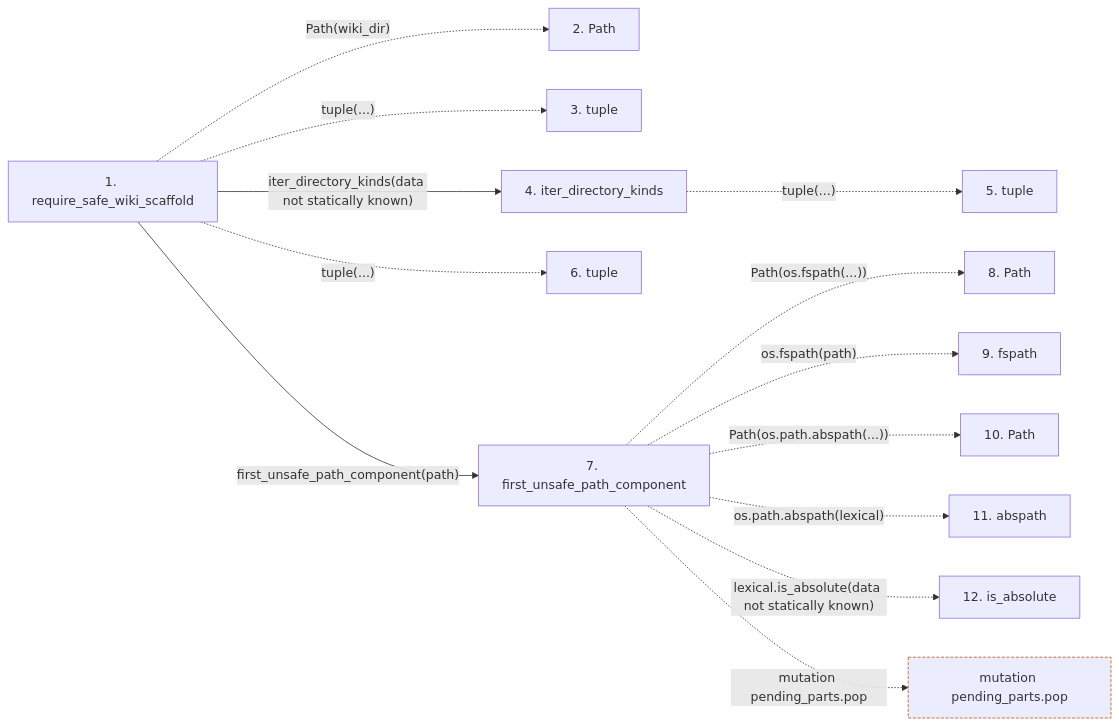
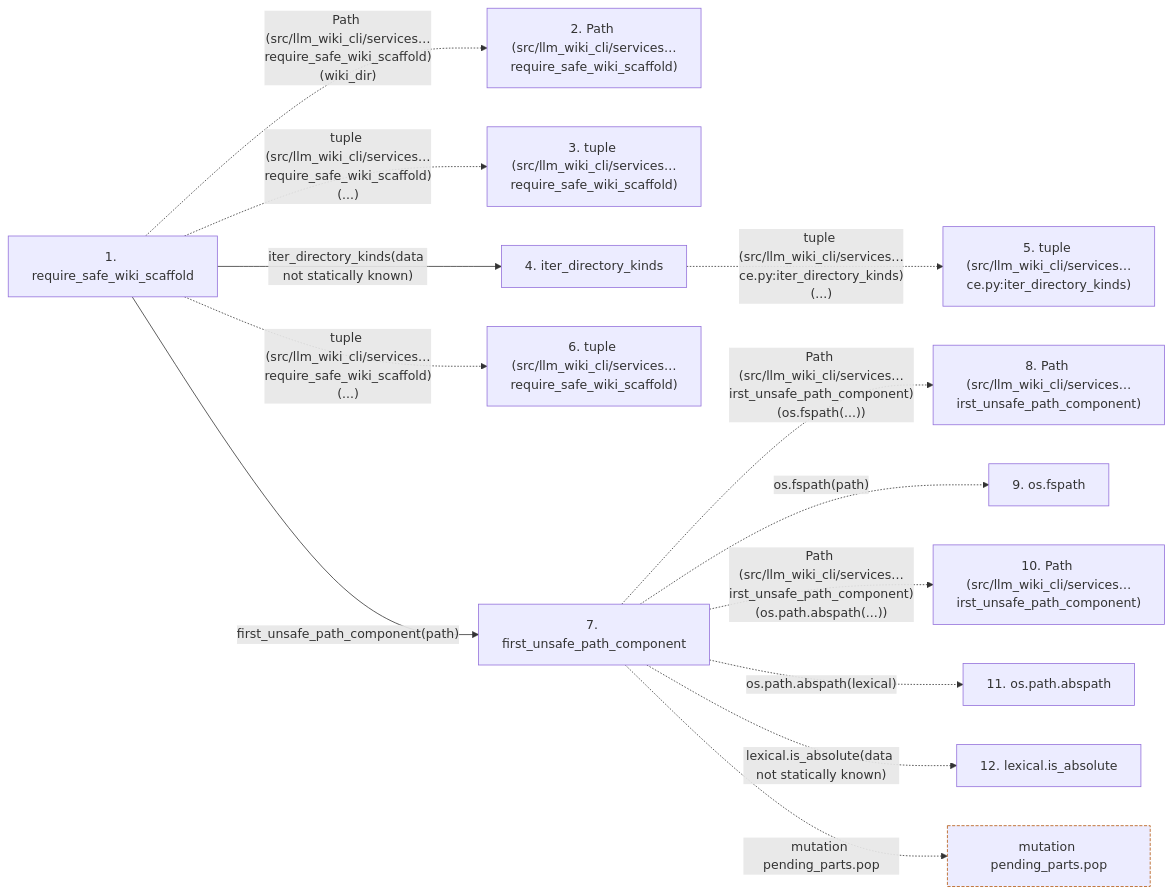
Before and after one commit to Denissvgn/python-wiki-llm: the second of 2 diagrams in docs/llm_wiki/flows/api-require_safe_wiki_scaffold.md, drawn with Mermaid. The commit also changed other lines of this file and 719 other files, not shown here.

````diff
--- a/docs/llm_wiki/flows/api-require_safe_wiki_scaffold.md
+++ b/docs/llm_wiki/flows/api-require_safe_wiki_scaffold.md
@@ -67,33 +70,33 @@
 ```mermaid
 flowchart LR
     s1["1. require_safe_wiki_scaffold"]
-    s2["2. Path"]
-    s3["3. tuple"]
+    s2["2. Path (src/llm_wiki_cli/services…require_safe_wiki_scaffold)"]
+    s3["3. tuple (src/llm_wiki_cli/services…require_safe_wiki_scaffold)"]
     s4["4. iter_directory_kinds"]
-    s5["5. tuple"]
-    s6["6. tuple"]
+    s5["5. tuple (src/llm_wiki_cli/services…ce.py:iter_directory_kinds)"]
+    s6["6. tuple (src/llm_wiki_cli/services…require_safe_wiki_scaffold)"]
     s7["7. first_unsafe_path_component"]
-    s8["8. Path"]
-    s9["9. fspath"]
-    s10["10. Path"]
-    s11["11. abspath"]
-    s12["12. is_absolute"]
-    s1 -. "Path(wiki_dir)" .-> s2
-    s1 -. "tuple(...)" .-> s3
+    s8["8. Path (src/llm_wiki_cli/services…irst_unsafe_path_component)"]
+    s9["9. os.fspath"]
+    s10["10. Path (src/llm_wiki_cli/services…irst_unsafe_path_component)"]
+    s11["11. os.path.abspath"]
+    s12["12. lexical.is_absolute"]
+    s1 -. "Path (src/llm_wiki_cli/services…require_safe_wiki_scaffold)(wiki_dir)" .-> s2
+    s1 -. "tuple (src/llm_wiki_cli/services…require_safe_wiki_scaffold)(...)" .-> s3
     s1 -->|"iter_directory_kinds(data not statically known)"| s4
-    s4 -. "tuple(...)" .-> s5
-    s1 -. "tuple(...)" .-> s6
+    s4 -. "tuple (src/llm_wiki_cli/services…ce.py:iter_directory_kinds)(...)" .-> s5
+    s1 -. "tuple (src/llm_wiki_cli/services…require_safe_wiki_scaffold)(...)" .-> s6
     s1 -->|"first_unsafe_path_component(path)"| s7
-    s7 -. "Path(os.fspath(...))" .-> s8
+    s7 -. "Path (src/llm_wiki_cli/services…irst_unsafe_path_component)(os.fspath(...))" .-> s8
     s7 -. "os.fspath(path)" .-> s9
-    s7 -. "Path(os.path.abspath(...))" .-> s10
+    s7 -. "Path (src/llm_wiki_cli/services…irst_unsafe_path_component)(os.path.abspath(...))" .-> s10
     s7 -. "os.path.abspath(lexical)" .-> s11
     s7 -. "lexical.is_absolute(data not statically known)" .-> s12
     b0["mutation pending_parts.pop"]
     s7 -. "mutation pending_parts.pop" .-> b0
     click s1 "../modules/wiki_lifecycle.md"
     click s4 "../modules/wiki_surface.md"
     click s7 "../modules/io.md"
     classDef boundary stroke:#b45309,stroke-dasharray: 4 2
     class b0 boundary
 ```
````
